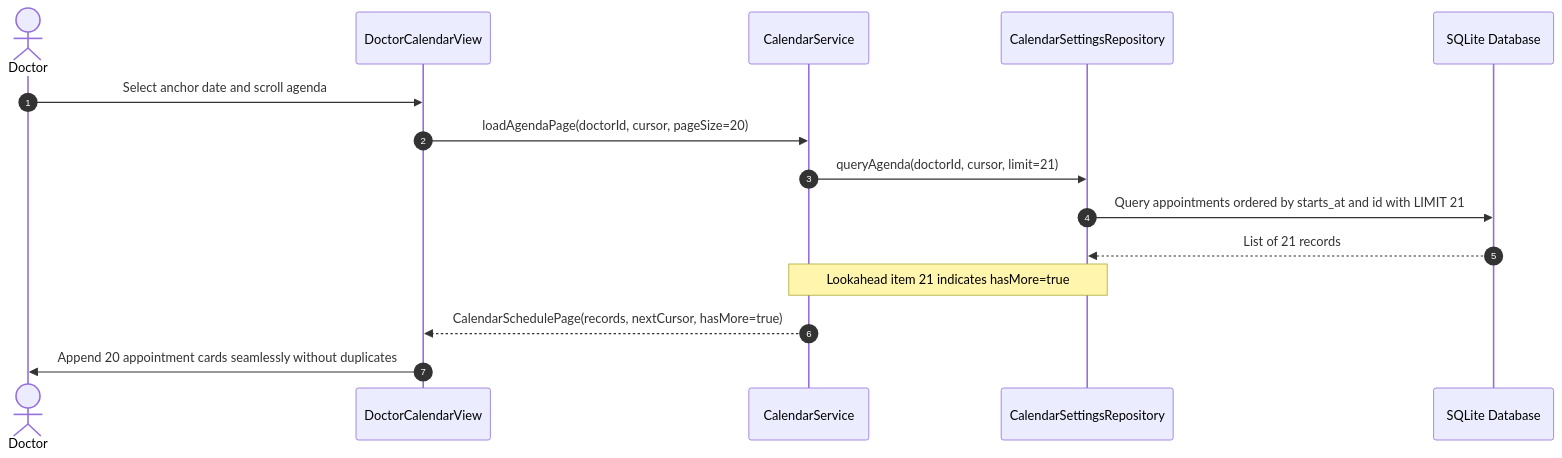
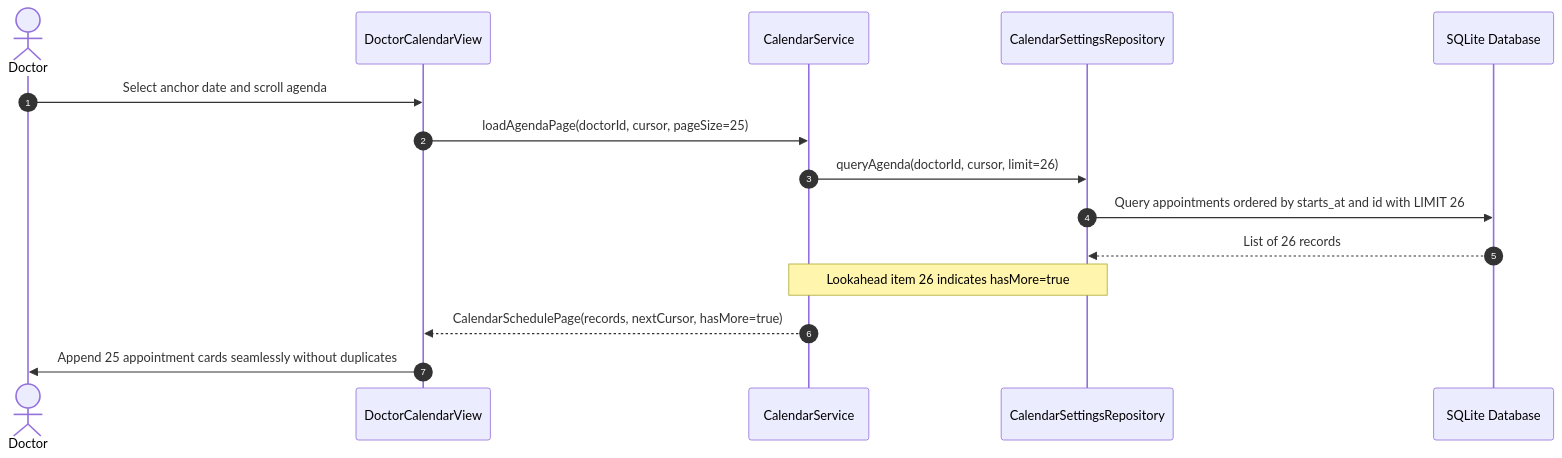
One commit to CS3227-2610-MP2-NUSynapxe/CS3227-2610-MP2 changed diagram 13 of 13 in docs/ArchitectureAndDesign.md. Above: the diagram before and after it, drawn with Mermaid. The commit also changed other lines of this file and 2 other files, not shown here.

````diff
--- a/docs/ArchitectureAndDesign.md
+++ b/docs/ArchitectureAndDesign.md
@@ -597,18 +599,18 @@
 ```mermaid
 sequenceDiagram
     autonumber
     actor Doctor
     participant UI as DoctorCalendarView
     participant Svc as CalendarService
     participant Repo as CalendarSettingsRepository
     participant DB as SQLite Database
 
     Doctor->>UI: Select anchor date and scroll agenda
-    UI->>Svc: loadAgendaPage(doctorId, cursor, pageSize=20)
-    Svc->>Repo: queryAgenda(doctorId, cursor, limit=21)
-    Repo->>DB: Query appointments ordered by starts_at and id with LIMIT 21
-    DB-->>Repo: List of 21 records
-    Note over Repo,Svc: Lookahead item 21 indicates hasMore=true
+    UI->>Svc: loadAgendaPage(doctorId, cursor, pageSize=25)
+    Svc->>Repo: queryAgenda(doctorId, cursor, limit=26)
+    Repo->>DB: Query appointments ordered by starts_at and id with LIMIT 26
+    DB-->>Repo: List of 26 records
+    Note over Repo,Svc: Lookahead item 26 indicates hasMore=true
     Svc-->>UI: CalendarSchedulePage(records, nextCursor, hasMore=true)
-    UI->>Doctor: Append 20 appointment cards seamlessly without duplicates
+    UI->>Doctor: Append 25 appointment cards seamlessly without duplicates
 ```
````
